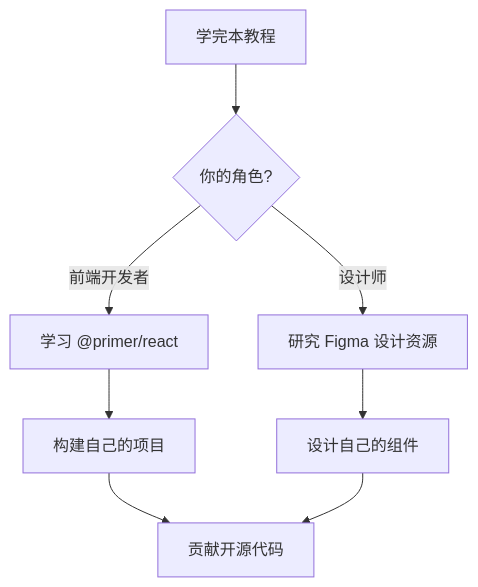
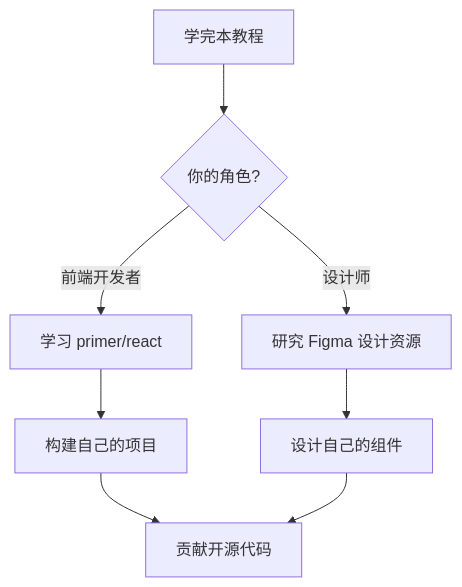
Before and after one commit to Cleam/primer-css: the second of 2 diagrams in learn/11-best-practices.md, drawn with Mermaid. The commit also changed other lines of this file and 10 other files, not shown here.

First line of the commit message:
Fix mermaid diagram syntax for GitHub rendering compatibility

````diff
--- a/learn/11-best-practices.md
+++ b/learn/11-best-practices.md
@@ -420,12 +420,12 @@
 ```mermaid
 graph TB
-    A[学完本教程] --> B{你的角色?}
-    B -->|前端开发者| C[学习 @primer/react]
-    B -->|设计师| D[研究 Figma 设计资源]
+    A["学完本教程"] --> B{"你的角色?"}
+    B -->|"前端开发者"| C["学习 primer/react"]
+    B -->|"设计师"| D["研究 Figma 设计资源"]
 
-    C --> E[构建自己的项目]
-    D --> F[设计自己的组件]
+    C --> E["构建自己的项目"]
+    D --> F["设计自己的组件"]
 
-    E --> G[贡献开源代码]
+    E --> G["贡献开源代码"]
     F --> G
 ```
````
